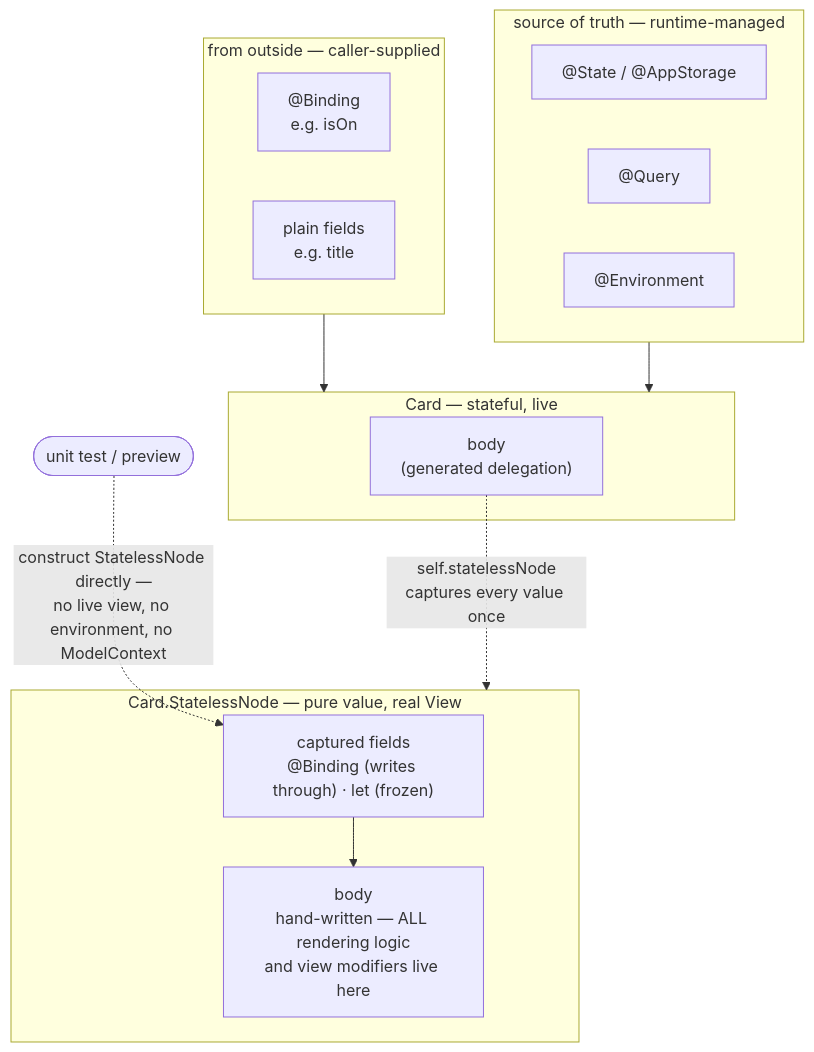
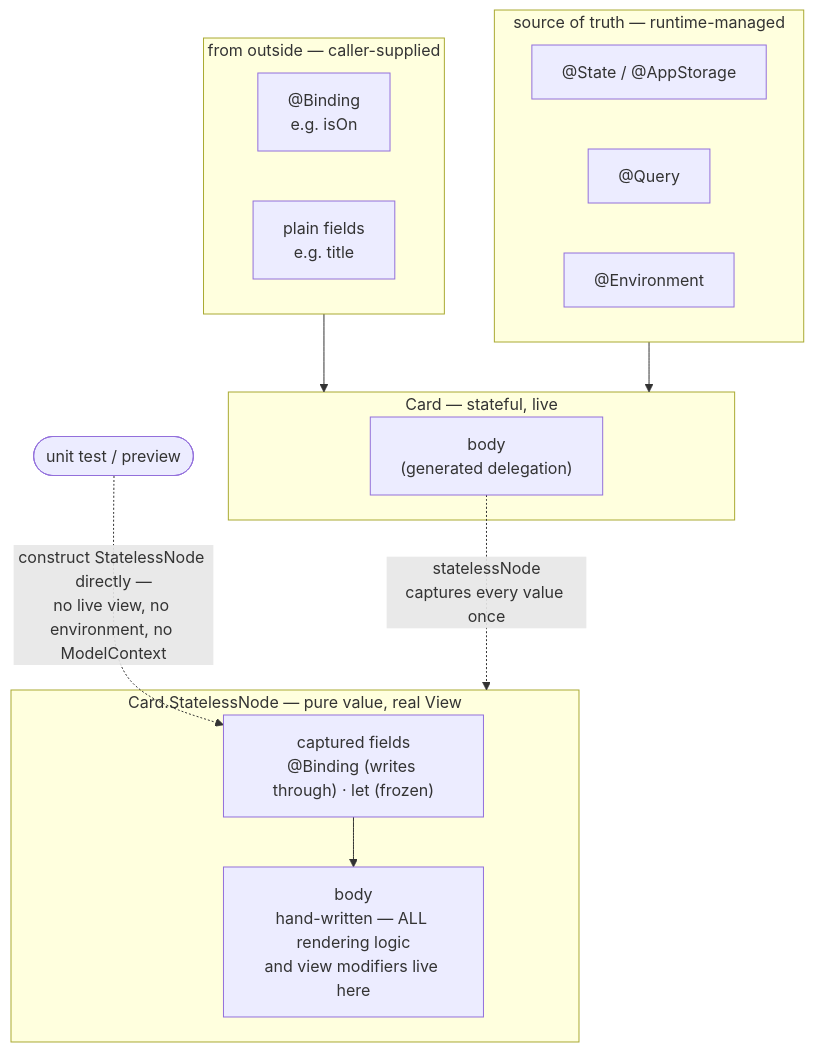
The third of 3 diagrams in README.md (sisoje/swift-core-flow), drawn with Mermaid before and after one commit. The commit also changed other lines of this file and 9 other files, not shown here.

First line of the commit message:
Drop unnecessary self. from generated getters (inFlow/outFlow/statelessNode)

````diff
--- a/README.md
+++ b/README.md
@@ -713,29 +713,29 @@
 ```mermaid
 flowchart TD
     subgraph Outside["from outside — caller-supplied"]
         Bind["@Binding<br/>e.g. isOn"]
         Plain["plain fields<br/>e.g. title"]
     end
 
     subgraph SOT["source of truth — runtime-managed"]
         State["@State / @AppStorage"]
         Query["@Query"]
         Env["@Environment"]
     end
 
     Outside --> Card
     SOT --> Card
 
     subgraph Card["Card — stateful, live"]
         CardBody["body<br/>(generated delegation)"]
     end
 
     subgraph SN["Card.StatelessNode — pure value, real View"]
         Fields["captured fields<br/>@Binding (writes through) · let (frozen)"]
         SNBody["body<br/>hand-written — ALL rendering logic<br/>and view modifiers live here"]
         Fields --> SNBody
     end
 
-    CardBody -. "self.statelessNode<br/>captures every value once" .-> SN
+    CardBody -. "statelessNode<br/>captures every value once" .-> SN
     Test(["unit test / preview"]) -. "construct StatelessNode directly —<br/>no live view, no environment, no ModelContext" .-> Fields
 ```
````
